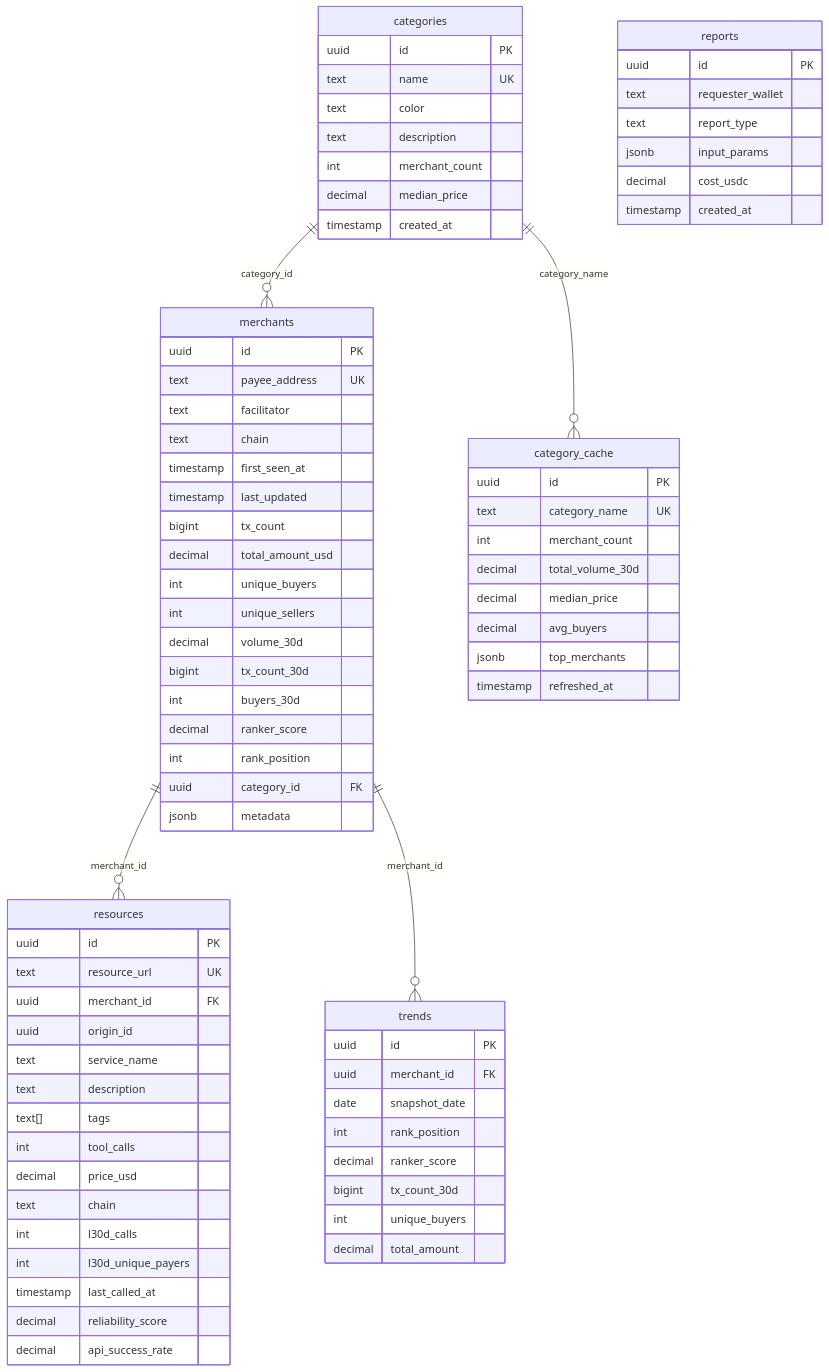
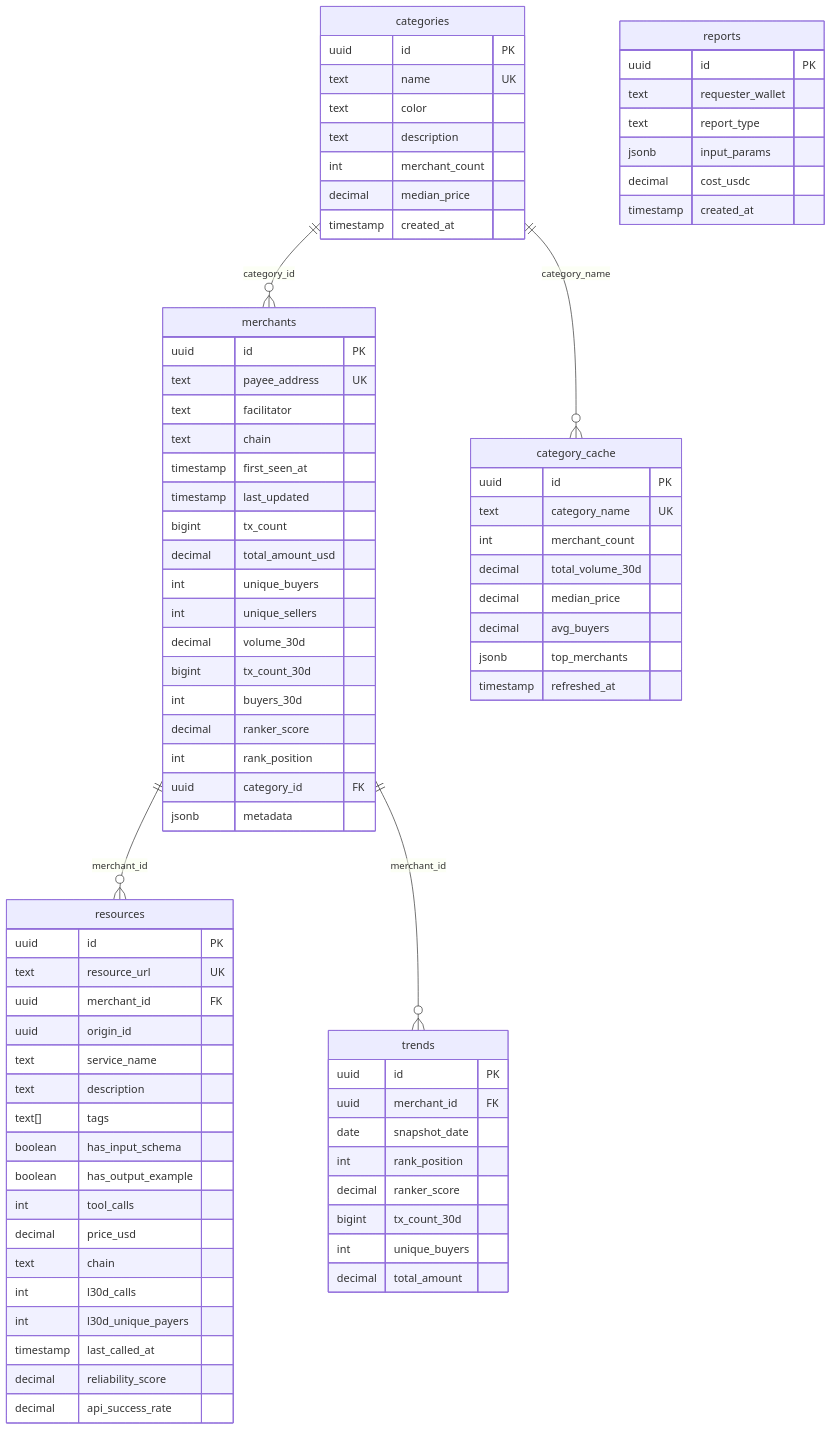
One commit to zaryab2000/decipher-ranker changed the fourth of 4 diagrams in docs/architecture/decipher-ranker-x402-service.md. Above: the diagram before and after it, drawn with Mermaid. The commit also changed other lines of this file, not shown here.

```diff
--- a/docs/architecture/decipher-ranker-x402-service.md
+++ b/docs/architecture/decipher-ranker-x402-service.md
@@ -439,6 +458,8 @@
         text service_name
         text description
         text[] tags
+        boolean has_input_schema
+        boolean has_output_example
         int tool_calls
         decimal price_usd
         text chain
```
